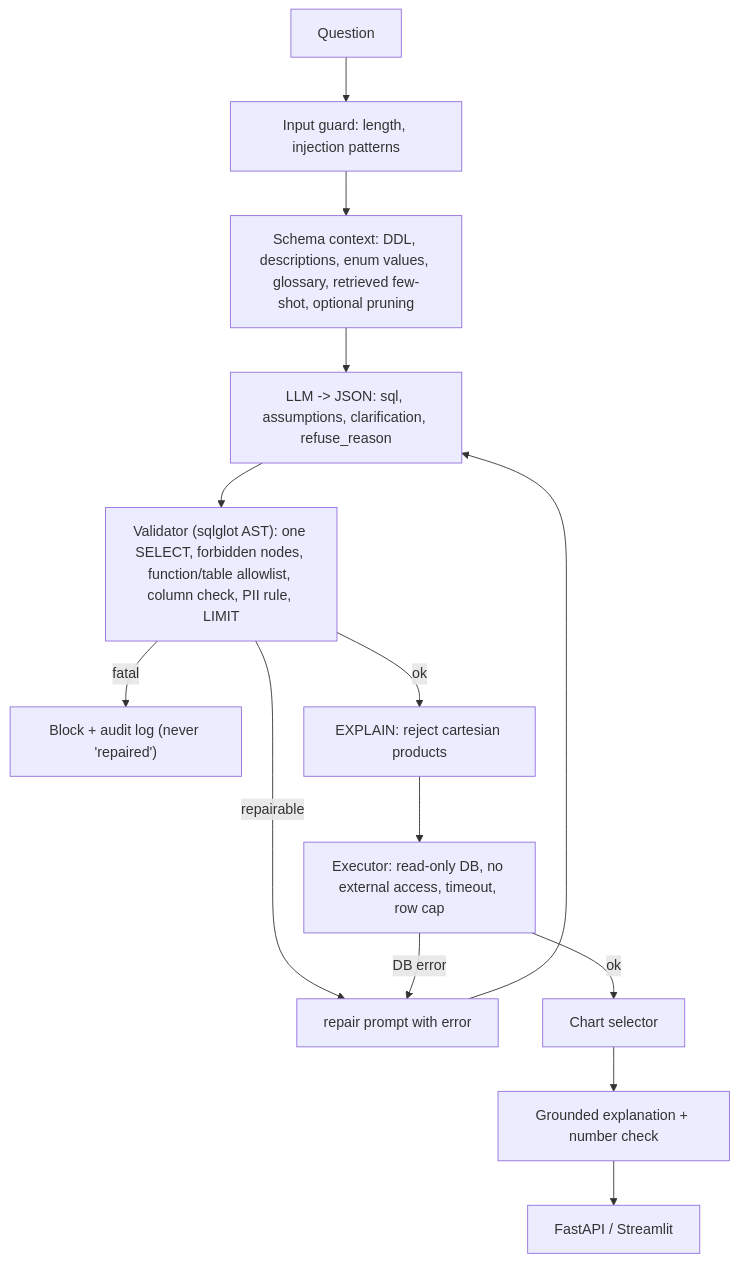
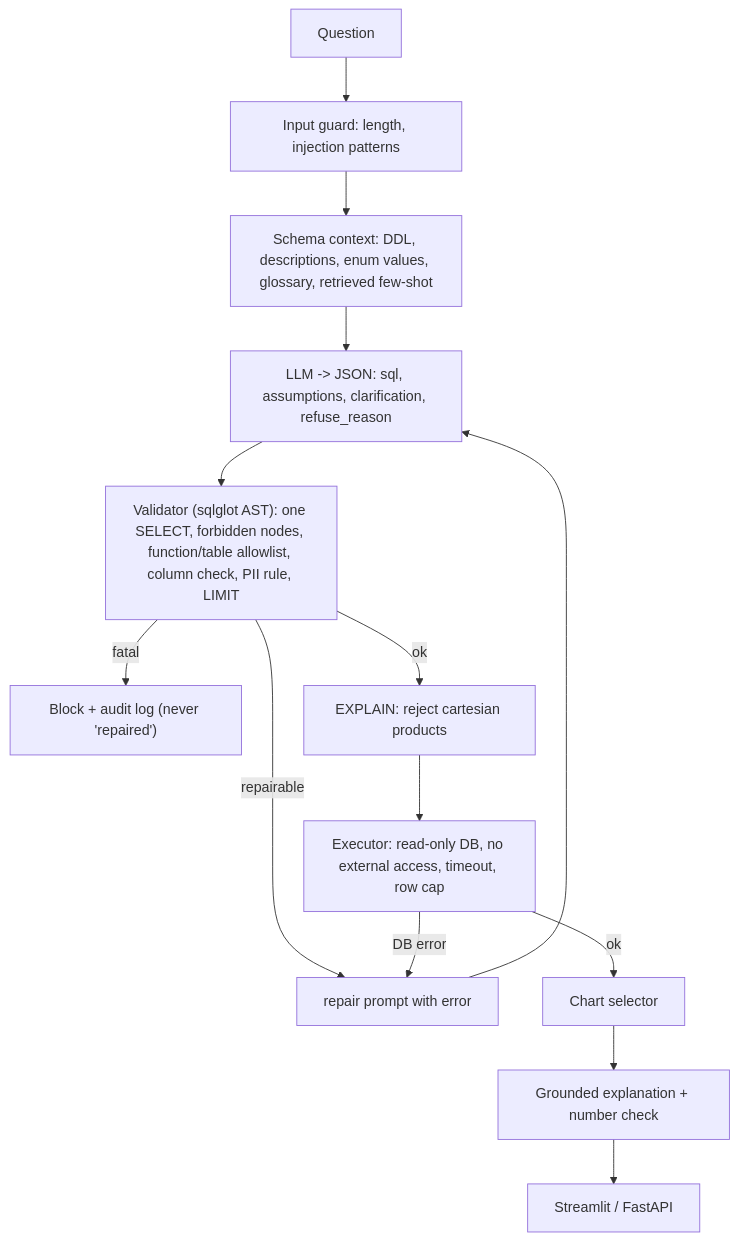
One commit to nileshraj757/text-to-sql-agent changed the diagram in README.md. Above: the diagram before and after it, drawn with Mermaid. The commit also changed other lines of this file and 11 other files, not shown here.

````diff
--- a/README.md
+++ b/README.md
@@ -12,12 +193,12 @@
 ```mermaid
 flowchart TB
   U["Question"] --> G0["Input guard: length, injection patterns"]
-  G0 --> SL["Schema context: DDL, descriptions, enum values, glossary, retrieved few-shot, optional pruning"]
+  G0 --> SL["Schema context: DDL, descriptions, enum values, glossary, retrieved few-shot"]
   SL --> GEN["LLM -> JSON: sql, assumptions, clarification, refuse_reason"]
   GEN --> V["Validator (sqlglot AST): one SELECT, forbidden nodes, function/table allowlist, column check, PII rule, LIMIT"]
   V -- "repairable" --> FIX["repair prompt with error"] --> GEN
   V -- "fatal" --> BLK["Block + audit log (never 'repaired')"]
   V -- ok --> P["EXPLAIN: reject cartesian products"] --> EX["Executor: read-only DB, no external access, timeout, row cap"]
   EX -- "DB error" --> FIX
-  EX -- ok --> VIZ["Chart selector"] --> EXP["Grounded explanation + number check"] --> UI["FastAPI / Streamlit"]
+  EX -- ok --> VIZ["Chart selector"] --> EXP["Grounded explanation + number check"] --> UI["Streamlit / FastAPI"]
 ```
````
